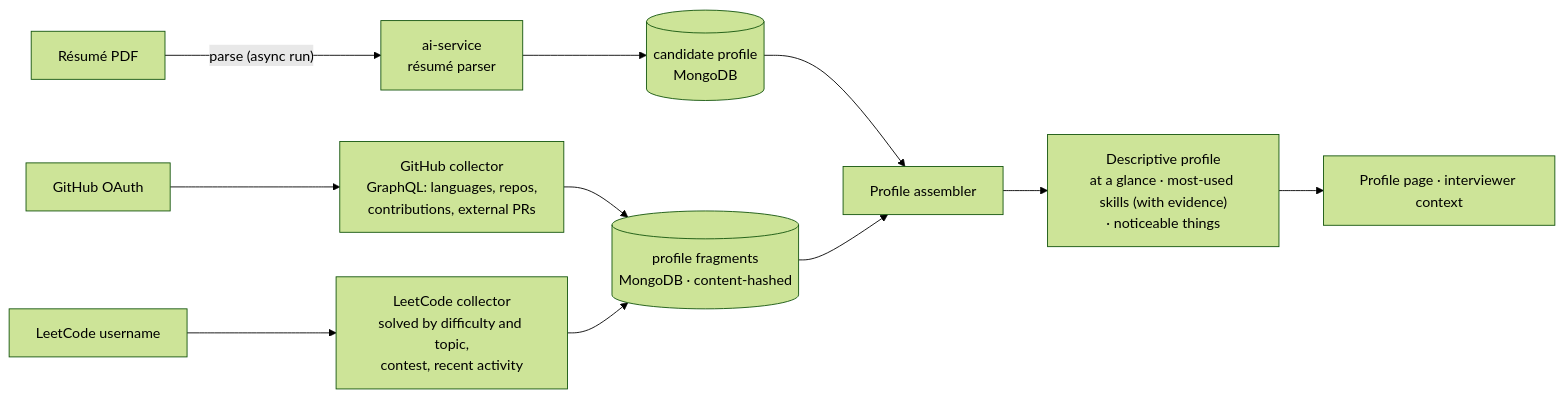
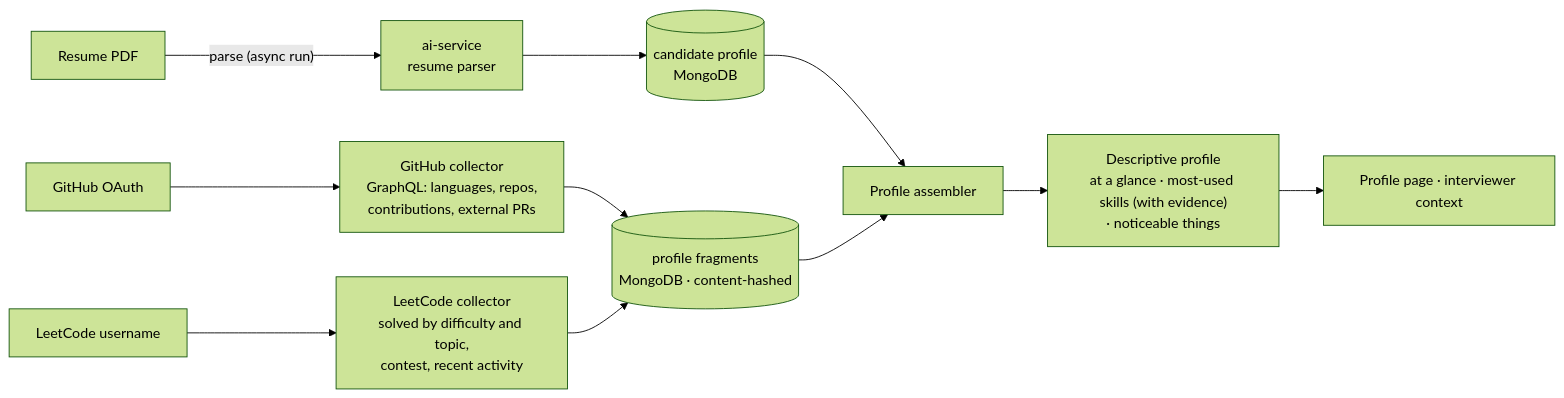
Before and after one commit to DeepanshuTyagi2004/interviewiq: the fourth of 8 diagrams in README.md, drawn with Mermaid (forest theme). The commit also changed other lines of this file and 70 other files, not shown here.

````diff
--- a/README.md
+++ b/README.md
@@ -231,13 +231,13 @@
 ```mermaid
 flowchart LR
-    R["Résumé PDF"] -- "parse (async run)" --> AI[ai-service<br/>résumé parser]
+    R["Resume PDF"] -- "parse (async run)" --> AI[ai-service<br/>resume parser]
     AI --> CP[(candidate profile<br/>MongoDB)]
     GH["GitHub OAuth"] --> GC["GitHub collector<br/>GraphQL: languages, repos,<br/>contributions, external PRs"]
     LC["LeetCode username"] --> LCC["LeetCode collector<br/>solved by difficulty and topic,<br/>contest, recent activity"]
     GC --> FR[(profile fragments<br/>MongoDB · content-hashed)]
     LCC --> FR
     CP --> PA[Profile assembler]
     FR --> PA
     PA --> V["Descriptive profile<br/>at a glance · most-used skills (with evidence)<br/>· noticeable things"]
     V --> UI[Profile page · interviewer context]
 ```
````
